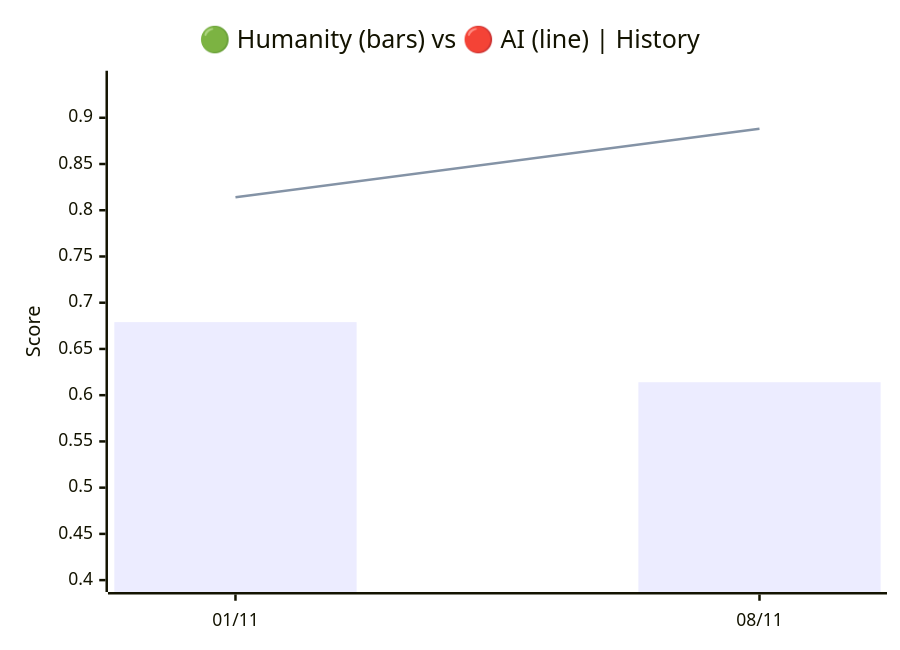
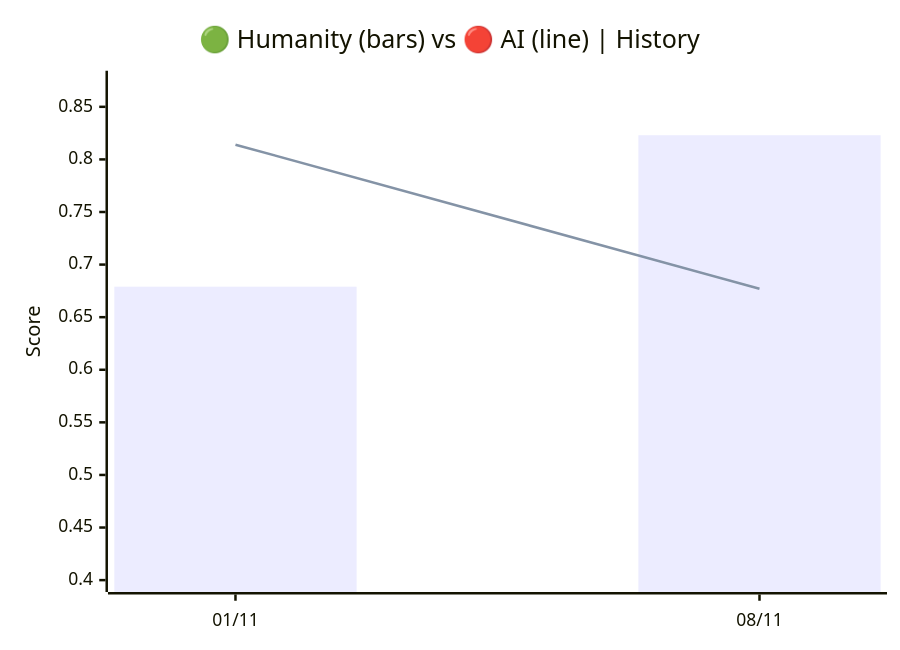
Before and after one commit to VQQLK/Human-AI-Monitor: the first of 3 diagrams in README.md, drawn with Mermaid. The commit also changed other lines of this file and 4 other files, not shown here.

````diff
--- a/README.md
+++ b/README.md
@@ -34,8 +34,8 @@
 ```mermaid
 xychart-beta
     title "🟢 Humanity (bars) vs 🔴 AI (line) | History"
     x-axis ["01/11", "08/11"]
-    y-axis "Score" 0.400 --> 0.938
-    bar [0.679, 0.614]
-    line [0.814, 0.888]
+    y-axis "Score" 0.400 --> 0.873
+    bar [0.679, 0.823]
+    line [0.814, 0.677]
 ```
````
